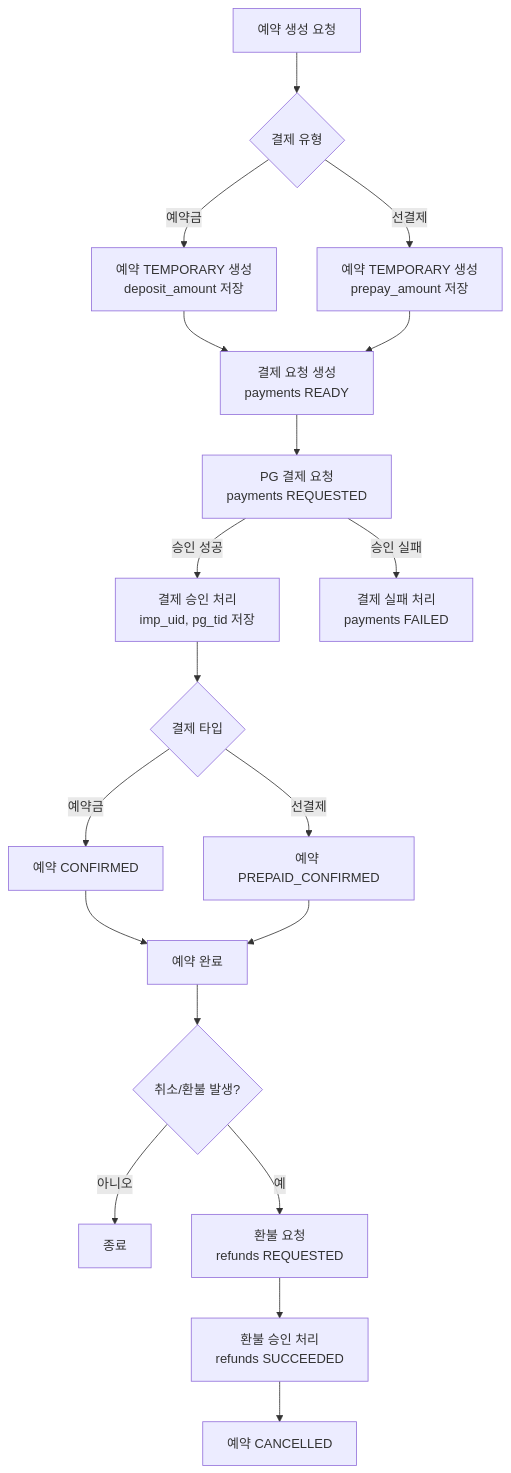
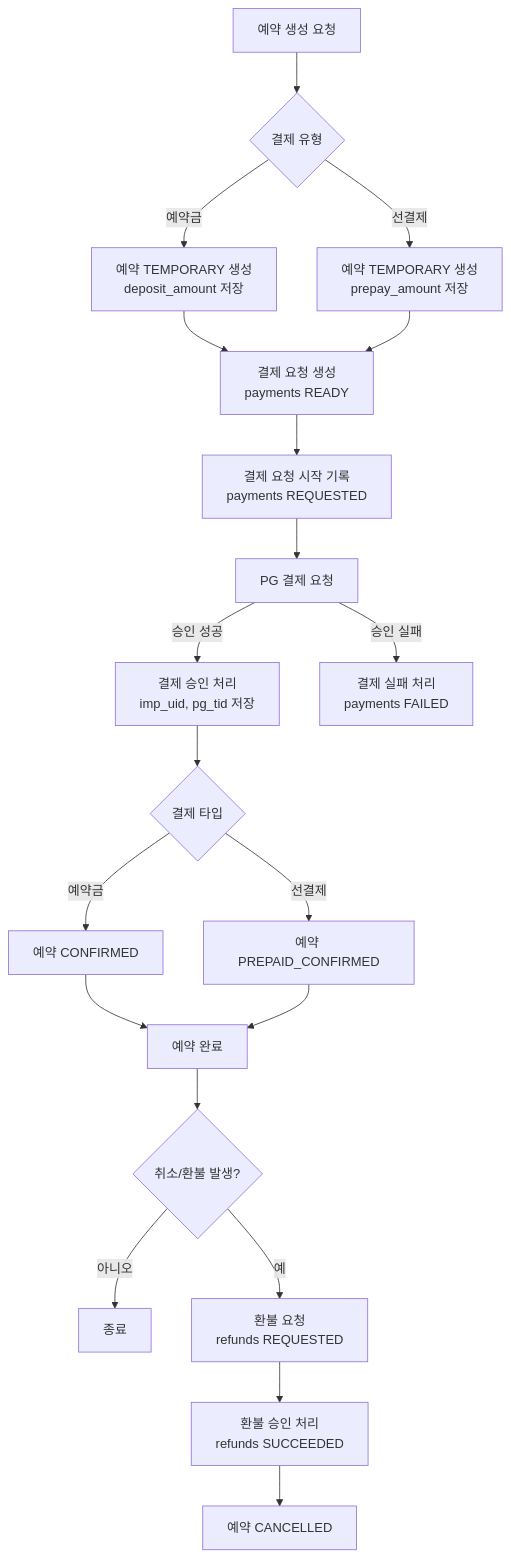
One commit to Santiago-kwp/LunchGO changed the diagram in docs/payment-api-flow.md. Above: the diagram before and after it, drawn with Mermaid. The commit also changed other lines of this file and 11 other files, not shown here.

````diff
--- a/docs/payment-api-flow.md
+++ b/docs/payment-api-flow.md
@@ -7,26 +7,27 @@
 ```mermaid
 flowchart TD
   A[예약 생성 요청] --> B{결제 유형}
   B -->|예약금| C[예약 TEMPORARY 생성<br/>deposit_amount 저장]
   B -->|선결제| D[예약 TEMPORARY 생성<br/>prepay_amount 저장]
 
   C --> E[결제 요청 생성<br/>payments READY]
   D --> E
 
-  E --> F[PG 결제 요청<br/>payments REQUESTED]
-  F -->|승인 성공| G[결제 승인 처리<br/>imp_uid, pg_tid 저장]
-  F -->|승인 실패| H[결제 실패 처리<br/>payments FAILED]
+  E --> F[결제 요청 시작 기록<br/>payments REQUESTED]
+  F --> G[PG 결제 요청]
+  G -->|승인 성공| H[결제 승인 처리<br/>imp_uid, pg_tid 저장]
+  G -->|승인 실패| I[결제 실패 처리<br/>payments FAILED]
 
-  G --> I{결제 타입}
-  I -->|예약금| J[예약 CONFIRMED]
-  I -->|선결제| K[예약 PREPAID_CONFIRMED]
+  H --> J{결제 타입}
+  J -->|예약금| K[예약 CONFIRMED]
+  J -->|선결제| L[예약 PREPAID_CONFIRMED]
 
-  J --> L[예약 완료]
-  K --> L
+  K --> M[예약 완료]
+  L --> M
 
-  L --> M{취소/환불 발생?}
-  M -->|아니오| N[종료]
-  M -->|예| O[환불 요청<br/>refunds REQUESTED]
-  O --> P[환불 승인 처리<br/>refunds SUCCEEDED]
-  P --> Q[예약 CANCELLED]
+  M --> N{취소/환불 발생?}
+  N -->|아니오| O[종료]
+  N -->|예| P[환불 요청<br/>refunds REQUESTED]
+  P --> Q[환불 승인 처리<br/>refunds SUCCEEDED]
+  Q --> R[예약 CANCELLED]
 ```
````
